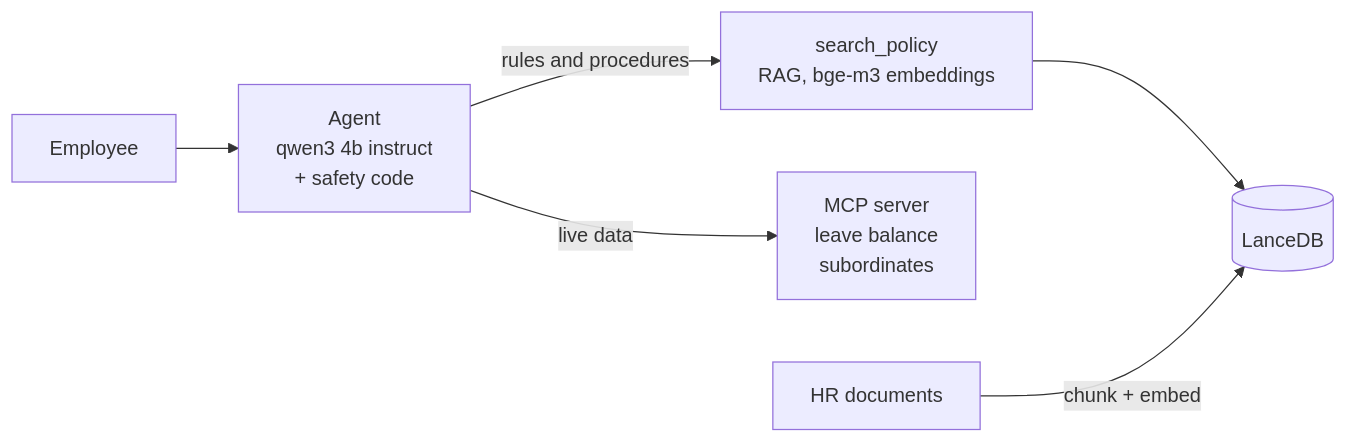
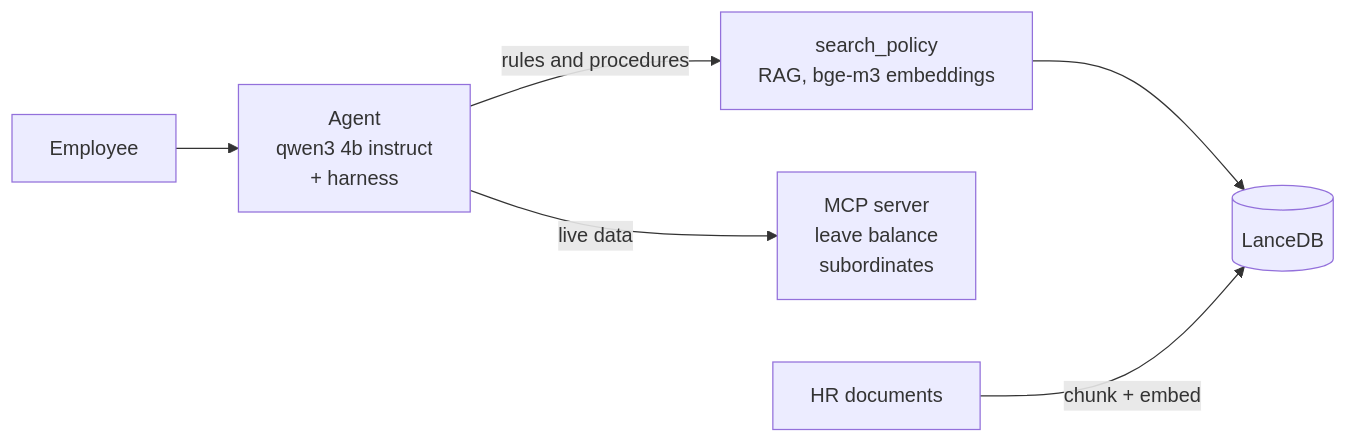
The diagram in README.md (AP-143/hr-assistant-agent), drawn with Mermaid before and after one commit. The commit also changed other lines of this file, not shown here.

Commit message:
Justify each component and document the harness in the README

````diff
--- a/README.md
+++ b/README.md
@@ -15,8 +15,8 @@
 ```mermaid
 flowchart LR
-    U[Employee] --> A[Agent<br/>qwen3 4b instruct<br/>+ safety code]
+    U[Employee] --> A[Agent<br/>qwen3 4b instruct<br/>+ harness]
     A -->|rules and procedures| R[search_policy<br/>RAG, bge-m3 embeddings]
     A -->|live data| M[MCP server<br/>leave balance<br/>subordinates]
     R --> V[(LanceDB)]
     D[HR documents] -->|chunk + embed| V
 ```
````
